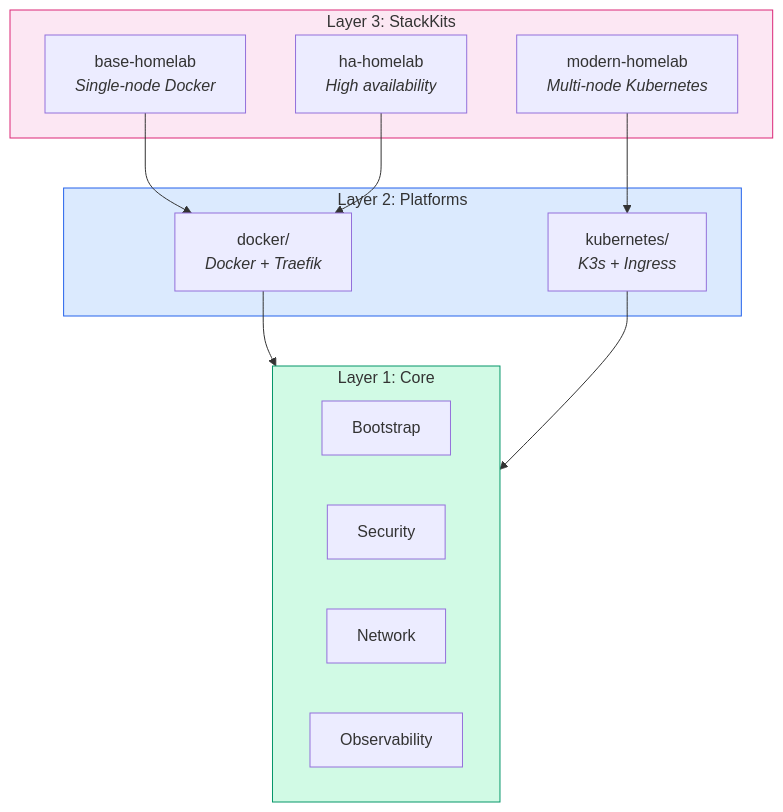
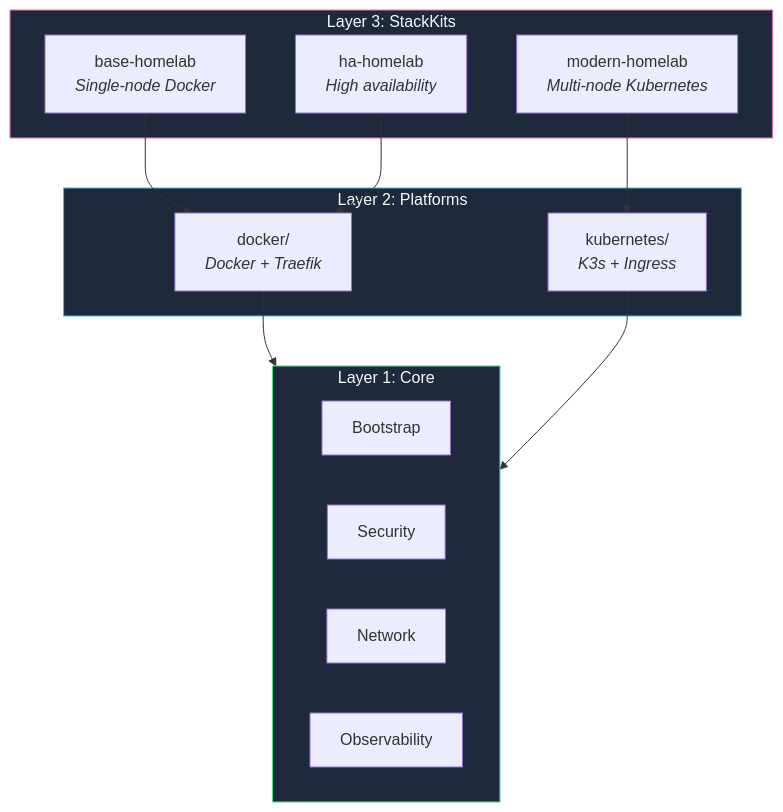
The fourth of 9 diagrams in concepts/architecture.mdx (KombiverseLabs/docs), drawn with Mermaid before and after one commit. The commit also changed other lines of this file and 33 other files, not shown here.

````diff
--- a/concepts/architecture.mdx
+++ b/concepts/architecture.mdx
@@ -181,30 +179,30 @@
 ```mermaid
 graph TB
     subgraph Layer3["Layer 3: StackKits"]
         Base["base-homelab<br/><i>Single-node Docker</i>"]
         HA["ha-homelab<br/><i>High availability</i>"]
         Modern["modern-homelab<br/><i>Multi-node Kubernetes</i>"]
     end
 
     subgraph Layer2["Layer 2: Platforms"]
         Docker["docker/<br/><i>Docker + Traefik</i>"]
         K8s["kubernetes/<br/><i>K3s + Ingress</i>"]
     end
 
     subgraph Layer1["Layer 1: Core"]
         Bootstrap["Bootstrap"]
         Security["Security"]
         Network["Network"]
         Observe["Observability"]
     end
 
     Base --> Docker
     HA --> Docker
     Modern --> K8s
     Docker --> Layer1
     K8s --> Layer1
 
-    style Layer3 fill:#fce7f3,stroke:#db2777
-    style Layer2 fill:#dbeafe,stroke:#2563eb
-    style Layer1 fill:#d1fae5,stroke:#059669
+    style Layer3 fill:#1e293b,stroke:#f472b6,color:#f8fafc
+    style Layer2 fill:#1e293b,stroke:#38bdf8,color:#f8fafc
+    style Layer1 fill:#1e293b,stroke:#4ade80,color:#f8fafc
 ```
````
